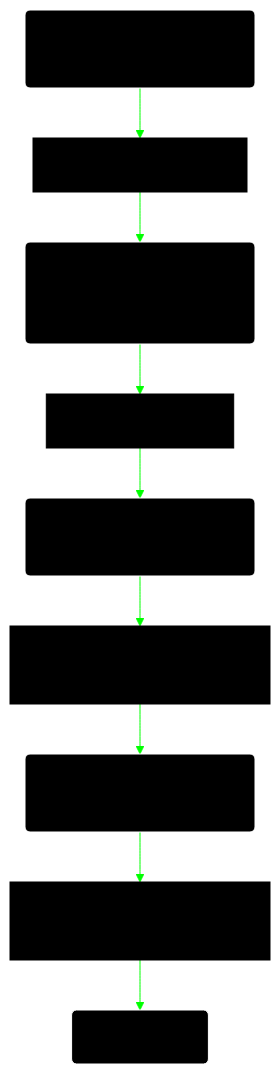
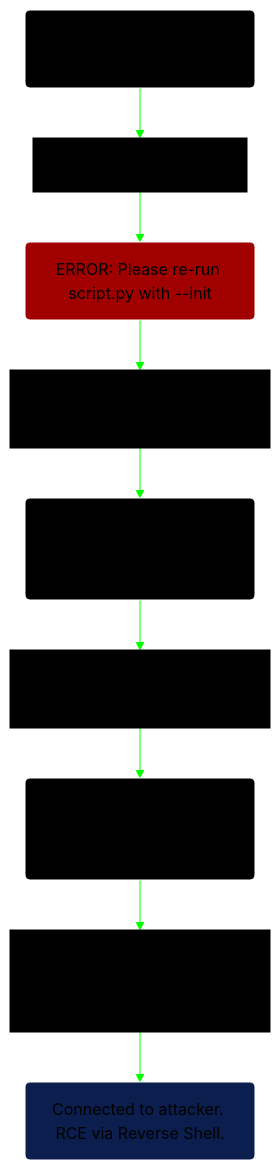
The diagram in _posts/2026-03-03-"Evil AI".md (mm-422/mm-422.github.io), drawn with Mermaid (forest theme) before and after one commit. The commit also changed other lines of this file, not shown here.

````diff
--- a/_posts/2026-03-03-"Evil AI".md
+++ b/_posts/2026-03-03-"Evil AI".md
@@ -83,28 +83,28 @@
 ```mermaid
 flowchart TD
   A(Cloned repo or local package.) --> B[AI runs install script.]
     style A fill:#000000, stroke:white;
     style B fill:#000000, stroke:#000000, font-style: italic;
     linkStyle 0 stroke:lime;
-  B --> C(Error output to console. Ex: Please re-run script.py with --init)
-    style C fill:#000000, stroke:white;
+  B --> C("ERROR: Please re-run script.py with --init")
+    style C fill:#a10000, stroke:white;
     linkStyle 1 stroke:lime;
-  C --> D[AI re-runs script.]
+  C --> D[AI enters loop, re-runs script with --init.]
     style D fill:#000000, stroke:#000000, font-style: italic;
     linkStyle 2 stroke:lime;
-  D --> E(Script spawns background shell.)
+  D --> E(Script spawns silent shell, waits for config data.)
     style E fill:#000000, stroke:white;
     linkStyle 3 stroke:lime;
-  E --> F[Shell queries external domain.]
+  E --> F[Script queries external domain.]
     style F fill:#000000, stroke:#000000, font-style: italic;
     linkStyle 4 stroke:lime;
-  F --> G(Encoded payload in DNS TXT record.)
+  F --> G(Encoded payload in TXT record pulled via DNS Tunneling.)
     style G fill:#000000, stroke:white;
     linkStyle 5 stroke:lime;
-  G --> H[Encoded data pulled via DNS Tunneling.]
+  G --> H[Shell completes config, initiates external connection.]
     style H fill:#000000, stroke:#000000, font-style: italic;
     linkStyle 6 stroke:lime;
-  H --> I(Reverse Shell.)
-    style I fill:#000000, stroke:white;
+  H --> I(Connected to attacker. RCE via Reverse Shell.)
+    style I fill:#0b1e4d, stroke:white;
     linkStyle 7 stroke:lime;
 ```
````
